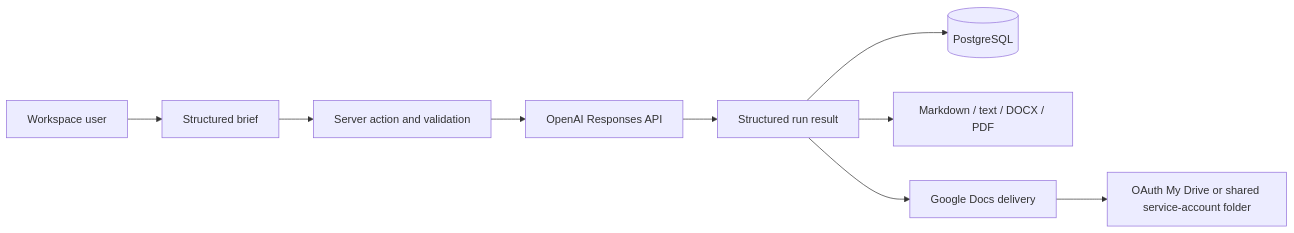
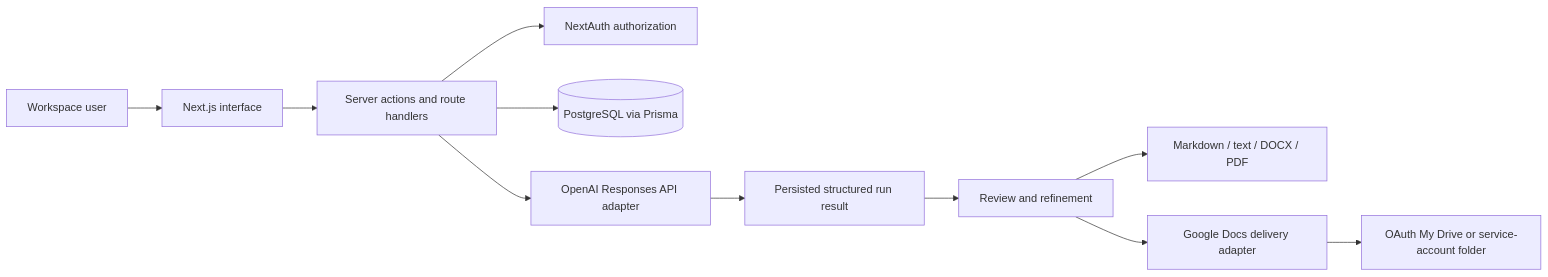
One commit to DevCalebR/ai-content-automation-app-google-docs-delivery changed the diagram in README.md. Above: the diagram before and after it, drawn with Mermaid. The commit also changed other lines of this file and 1 other file, not shown here.

````diff
--- a/README.md
+++ b/README.md
@@ -42,11 +36,13 @@
 ```mermaid
 flowchart LR
-    U[Workspace user] --> B[Structured brief]
-    B --> A[Server action and validation]
-    A --> O[OpenAI Responses API]
-    O --> R[Structured run result]
-    R --> P[(PostgreSQL)]
-    R --> X[Markdown / text / DOCX / PDF]
-    R --> G[Google Docs delivery]
-    G --> D[OAuth My Drive or shared service-account folder]
+    U[Workspace user] --> F[Next.js interface]
+    F --> A[Server actions and route handlers]
+    A --> H[NextAuth authorization]
+    A --> P[(PostgreSQL via Prisma)]
+    A --> O[OpenAI Responses API adapter]
+    O --> R[Persisted structured run result]
+    R --> V[Review and refinement]
+    V --> X[Markdown / text / DOCX / PDF]
+    V --> G[Google Docs delivery adapter]
+    G --> D[OAuth My Drive or service-account folder]
 ```
````
